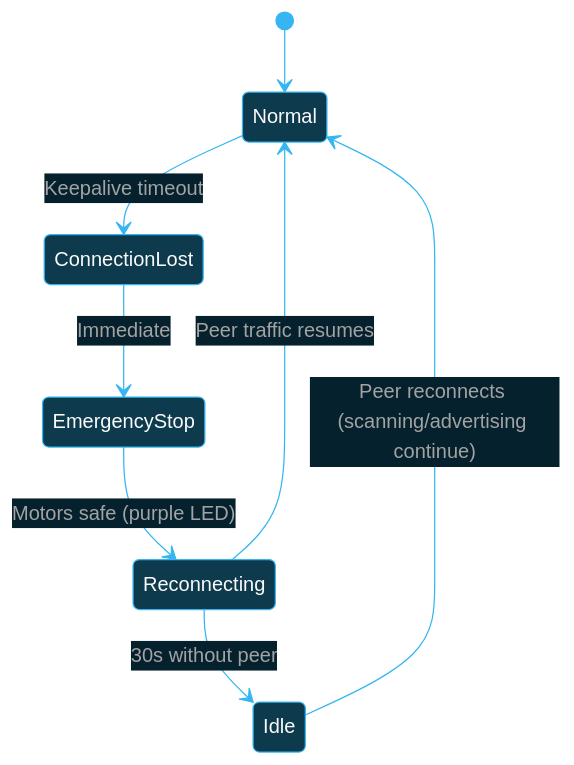
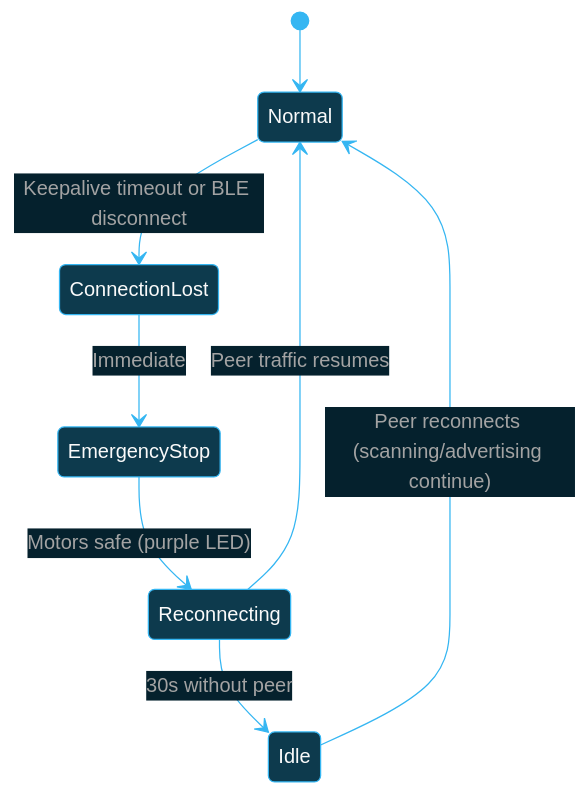
One commit to BlueBuzzah/BlueBuzzah-Firmware changed the fifth of 5 diagrams in docs/SYNCHRONIZATION_PROTOCOL.md. Above: the diagram before and after it, drawn with Mermaid. The commit also changed other lines of this file and 12 other files, not shown here.

````diff
--- a/docs/SYNCHRONIZATION_PROTOCOL.md
+++ b/docs/SYNCHRONIZATION_PROTOCOL.md
@@ -423,35 +424,35 @@
 ```mermaid
 %%{init: {'theme': 'base', 'themeVariables': {
   'primaryColor': '#0d3a4d',
   'primaryTextColor': '#fafafa',
   'primaryBorderColor': '#35B6F2',
   'lineColor': '#35B6F2',
   'secondaryColor': '#05212D',
   'tertiaryColor': '#0a0a0a',
   'background': '#0a0a0a',
   'labelTextColor': '#fafafa',
   'stateBkg': '#0d3a4d',
   'stateBorder': '#35B6F2',
   'stateLabelColor': '#fafafa',
   'compositeBackground': '#05212D',
   'compositeBorder': '#35B6F2',
   'compositeTitleBackground': '#0d3a4d',
   'transitionColor': '#35B6F2',
   'transitionLabelColor': '#a3a3a3',
   'noteBkgColor': '#05212D',
   'noteBorderColor': '#35B6F2',
   'noteTextColor': '#fafafa'
 }}}%%
 stateDiagram-v2
     [*] --> Normal
 
-    Normal --> ConnectionLost: Keepalive timeout
+    Normal --> ConnectionLost: Keepalive timeout or BLE disconnect
 
     ConnectionLost --> EmergencyStop: Immediate
     EmergencyStop --> Reconnecting: Motors safe (purple LED)
 
     Reconnecting --> Normal: Peer traffic resumes
     Reconnecting --> Idle: 30s without peer
 
     Idle --> Normal: Peer reconnects (scanning/advertising continue)
 ```
````
